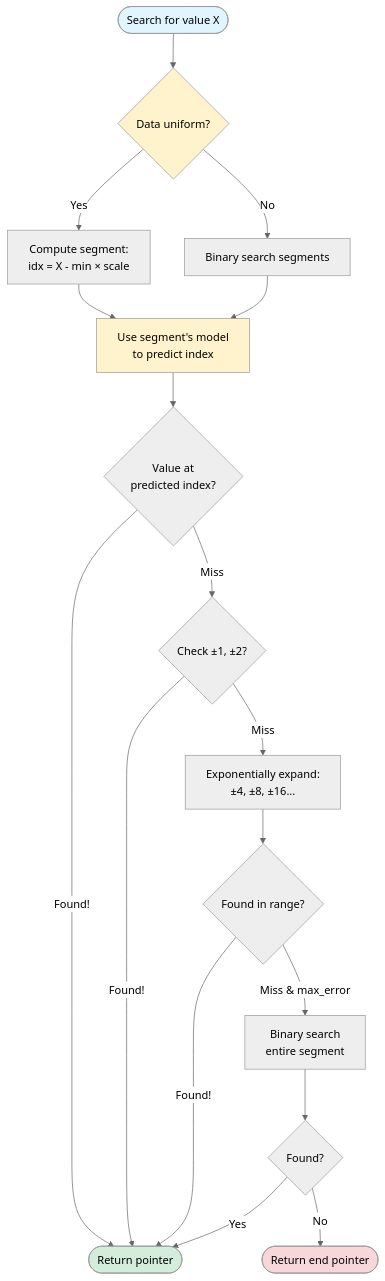
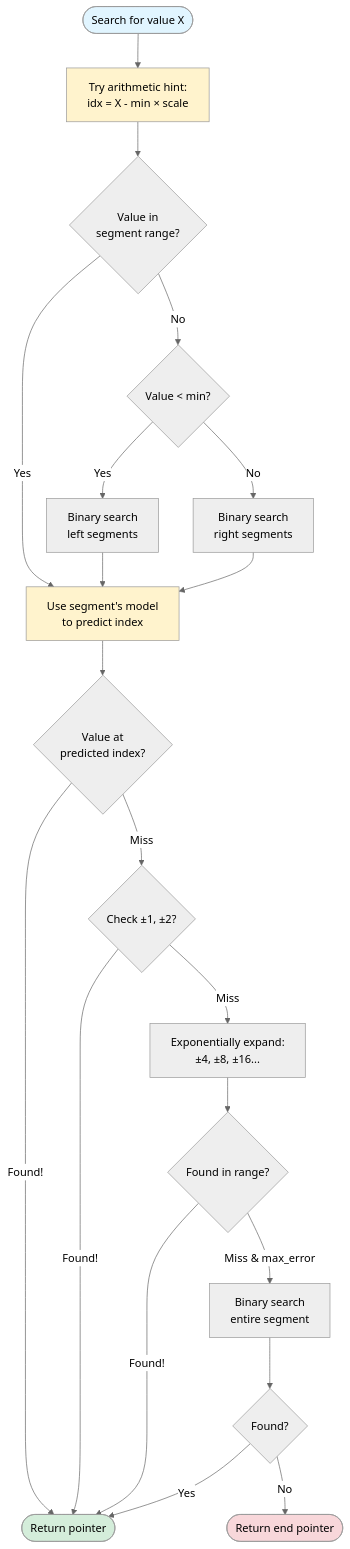
Before and after one commit to mattyv/JazzyIndex: the second of 2 diagrams in README.md, drawn with Mermaid (neutral theme). The commit also changed other lines of this file, not shown here.

Commit message:
Update README to reflect removal of uniformity detection
Changes to segment selection documentation:
- Removed 'Detect uniformity' build step
- Updated Stage 1 to show always-try-arithmetic approach
- Added explanation of directional fallback optimization
- Updated flowchart to remove uniformity check
- Clarified that arithmetic hint is always attempted
- Explained cost/benefit: 5-cycle hint vs 6-7 cycle binary search iteration

The README now accurately reflects that we ALWAYS try arithmetic lookup
first, using failed attempts directionally to narrow the search space.

````diff
--- a/README.md
+++ b/README.md
@@ -138,31 +138,35 @@
 ```mermaid
 flowchart TD
-    Start([Search for value X]) --> Uniform{Data uniform?}
+    Start([Search for value X]) --> ArithSeg[Try arithmetic hint:<br/>idx = X - min × scale]
 
-    Uniform -->|Yes| ArithSeg[Compute segment: <br/>idx = X - min × scale]
-    Uniform -->|No| BinSeg[Binary search segments]
+    ArithSeg --> Verify{Value in<br/>segment range?}
+    Verify -->|Yes| Predict[Use segment's model<br/>to predict index]
+    Verify -->|No| Direction{Value < min?}
 
-    ArithSeg --> Predict
-    BinSeg --> Predict[Use segment's model<br/>to predict index]
+    Direction -->|Yes| BinLeft[Binary search<br/>left segments]
+    Direction -->|No| BinRight[Binary search<br/>right segments]
+
+    BinLeft --> Predict
+    BinRight --> Predict
 
     Predict --> Check1{Value at<br/>predicted index?}
     Check1 -->|Found!| Success([Return pointer])
     Check1 -->|Miss| Check2{Check ±1, ±2?}
 
     Check2 -->|Found!| Success
     Check2 -->|Miss| Expand[Exponentially expand:<br/>±4, ±8, ±16...]
 
     Expand --> Check3{Found in range?}
     Check3 -->|Found!| Success
     Check3 -->|Miss & max_error| Fallback[Binary search<br/>entire segment]
 
     Fallback --> Final{Found?}
     Final -->|Yes| Success
     Final -->|No| NotFound([Return end pointer])
 
     style Start fill:#e1f5ff
     style Success fill:#d4edda
     style NotFound fill:#f8d7da
     style Predict fill:#fff3cd
-    style Uniform fill:#fff3cd
+    style ArithSeg fill:#fff3cd
 ```
````
